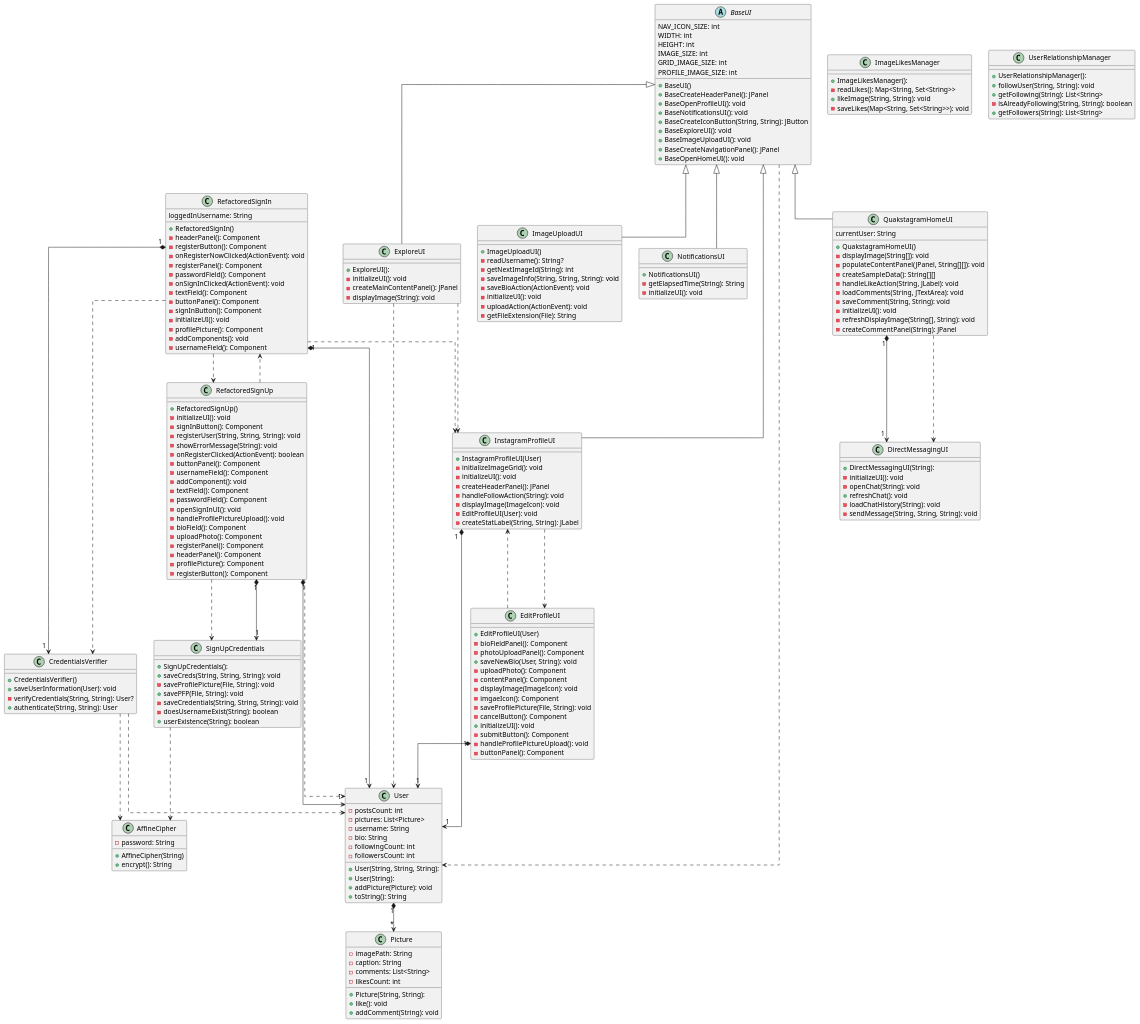
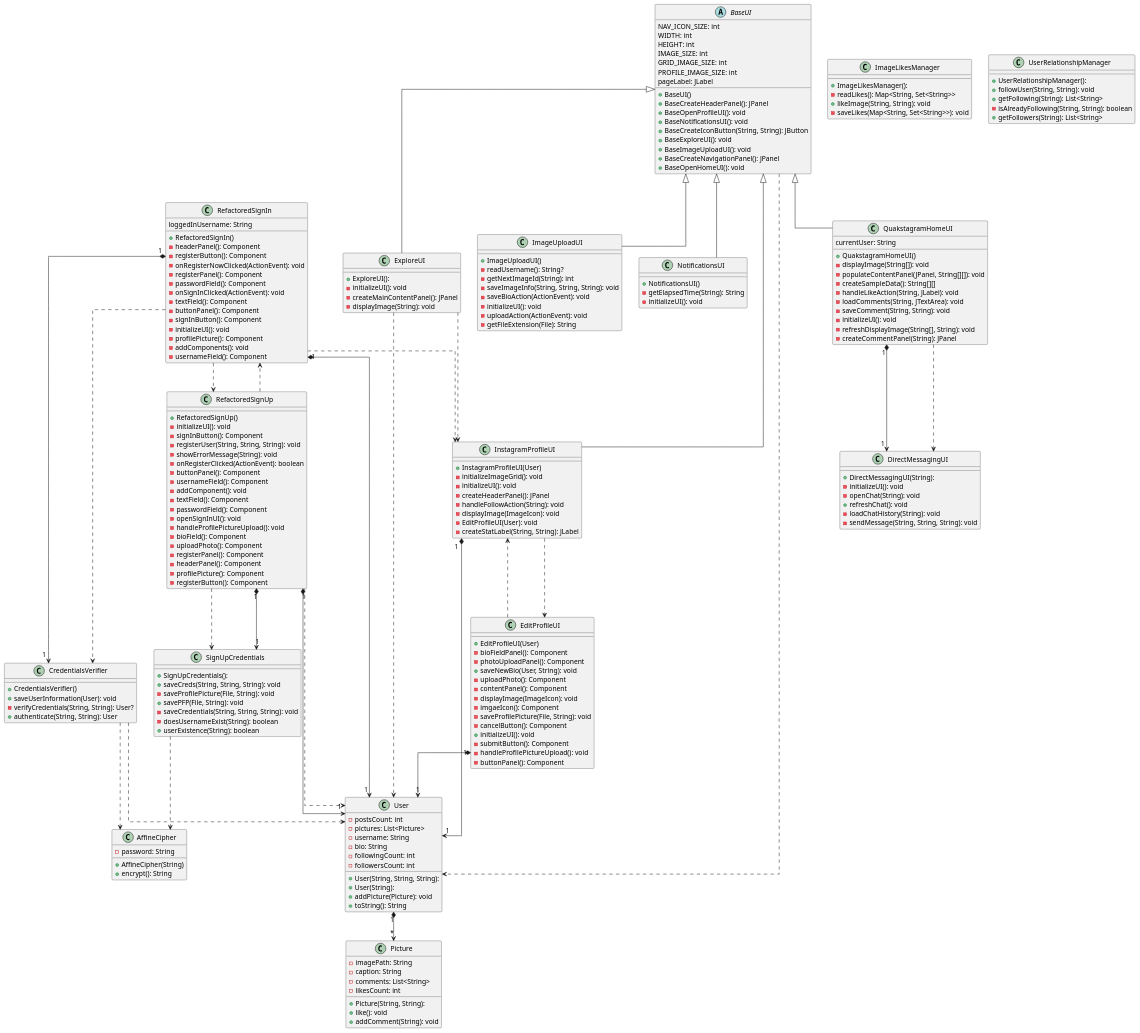
One commit to vessahnjoya/QuackstagramProject changed the diagram in UML/RefactoredCodeBase.plantuml. Above: the diagram before and after it, drawn with PlantUML. The commit also changed 1 other file, not shown here.

Commit message:
rename label from lblRegister to pageLabel

```diff
--- a/UML/RefactoredCodeBase.plantuml
+++ b/UML/RefactoredCodeBase.plantuml
@@ -23,6 +23,7 @@
     IMAGE_SIZE: int
     GRID_IMAGE_SIZE: int
     PROFILE_IMAGE_SIZE: int
+    pageLabel: JLabel
 
 
 }
```
